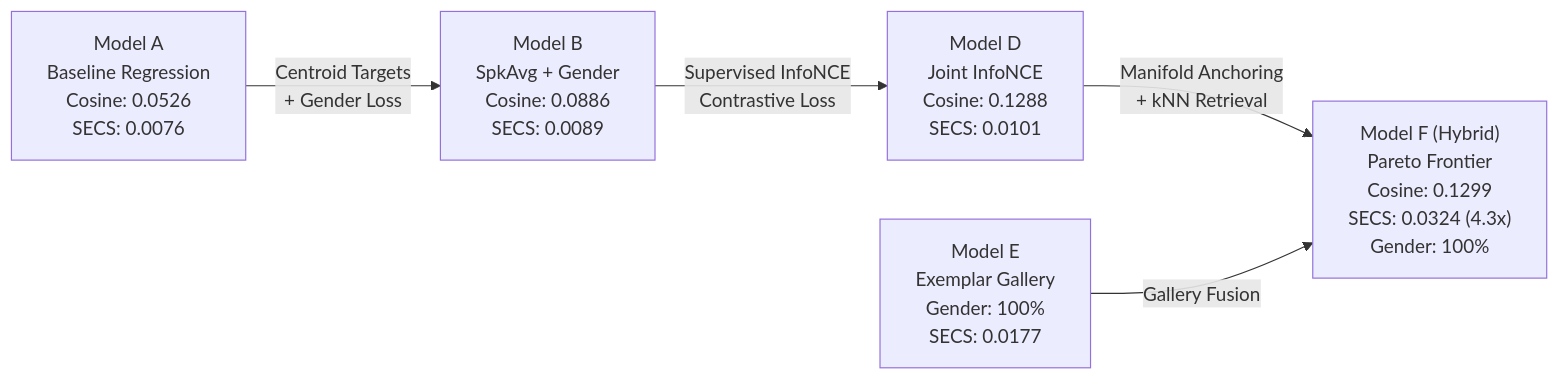
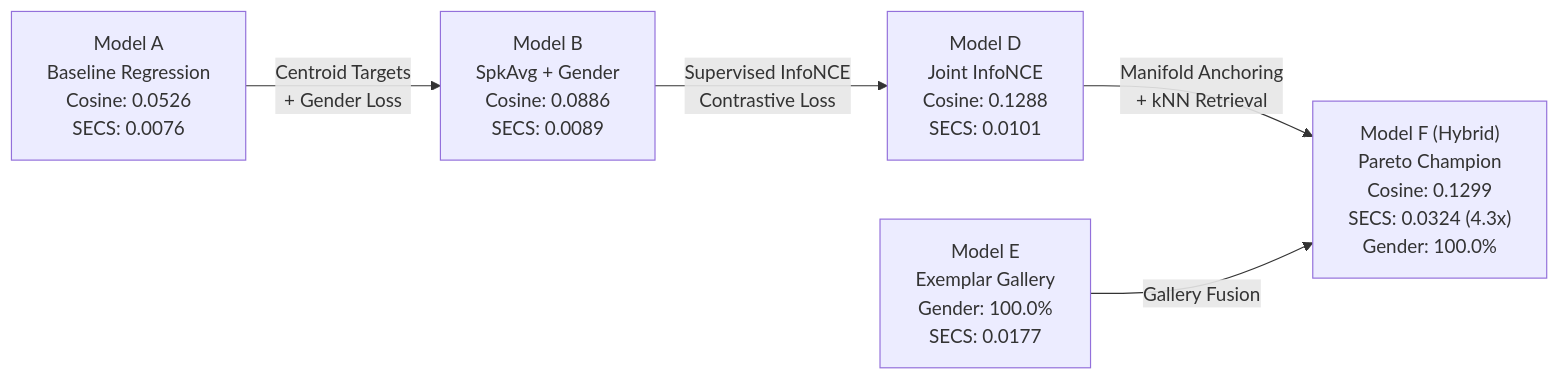
One commit to AdityaWagh19/Voix-F2S-System changed the fifth of 5 diagrams in README.md. Above: the diagram before and after it, drawn with Mermaid. The commit also changed other lines of this file, not shown here.

Commit message:
docs: overhaul README with rigorous technical grounding, clean narrative flow, and detailed scientific insights

````diff
--- a/README.md
+++ b/README.md
@@ -167,8 +209,8 @@
 ```mermaid
 flowchart LR
     A["Model A<br/>Baseline Regression<br/>Cosine: 0.0526<br/>SECS: 0.0076"] -->|"Centroid Targets<br/>+ Gender Loss"| B["Model B<br/>SpkAvg + Gender<br/>Cosine: 0.0886<br/>SECS: 0.0089"]
     B -->|"Supervised InfoNCE<br/>Contrastive Loss"| D["Model D<br/>Joint InfoNCE<br/>Cosine: 0.1288<br/>SECS: 0.0101"]
-    D -->|"Manifold Anchoring<br/>+ kNN Retrieval"| F["Model F (Hybrid)<br/>Pareto Frontier<br/>Cosine: 0.1299<br/>SECS: 0.0324 (4.3x)<br/>Gender: 100%"]
+    D -->|"Manifold Anchoring<br/>+ kNN Retrieval"| F["Model F (Hybrid)<br/>Pareto Champion<br/>Cosine: 0.1299<br/>SECS: 0.0324 (4.3x)<br/>Gender: 100.0%"]
     
-    E["Model E<br/>Exemplar Gallery<br/>Gender: 100%<br/>SECS: 0.0177"] -->|"Gallery Fusion"| F
+    E["Model E<br/>Exemplar Gallery<br/>Gender: 100.0%<br/>SECS: 0.0177"] -->|"Gallery Fusion"| F
 ```
````
